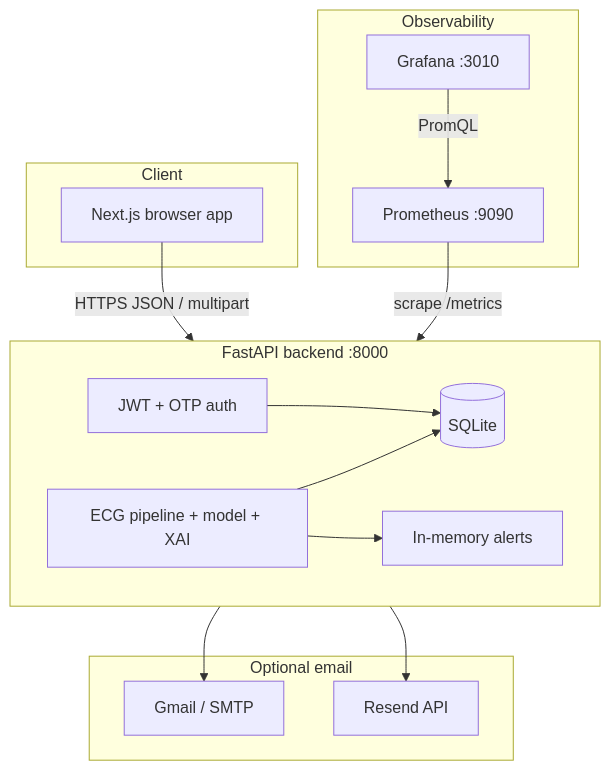
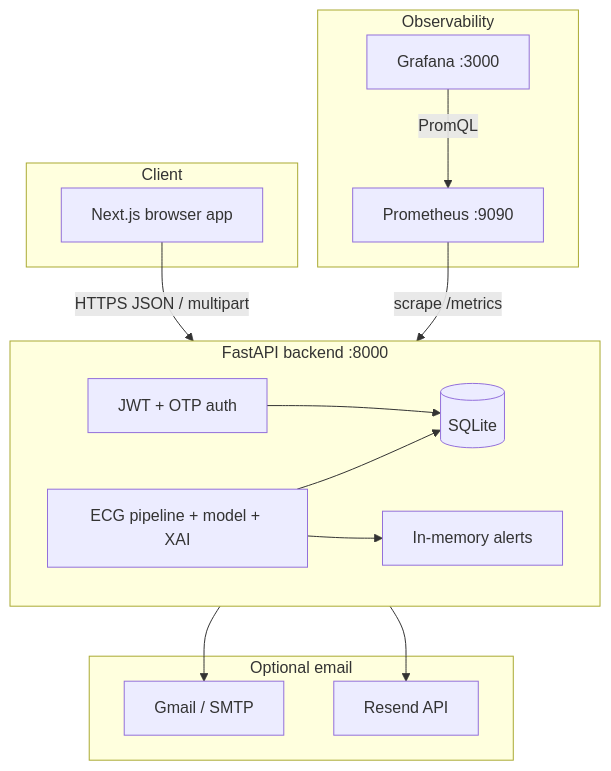
The diagram in README.md (holabani/ecg-ami-cds), drawn with Mermaid before and after one commit.

Commit message:
Update Grafana port from 3010 to 3000

````diff
--- a/README.md
+++ b/README.md
@@ -96,28 +96,28 @@
 ```mermaid
 flowchart TB
   subgraph Client
     UI[Next.js browser app]
   end
   subgraph API["FastAPI backend :8000"]
     Auth[JWT + OTP auth]
     Pipe[ECG pipeline + model + XAI]
     AlertSvc[In-memory alerts]
     DB[(SQLite)]
   end
   subgraph Obs["Observability"]
     Prom[Prometheus :9090]
-    Graf[Grafana :3010]
+    Graf[Grafana :3000]
   end
   subgraph Mail["Optional email"]
     SMTP[Gmail / SMTP]
     Resend[Resend API]
   end
   UI -->|HTTPS JSON / multipart| API
   Auth --> DB
   Pipe --> DB
   Pipe --> AlertSvc
   Prom -->|scrape /metrics| API
   Graf -->|PromQL| Prom
   API --> SMTP
   API --> Resend
 ```
````
